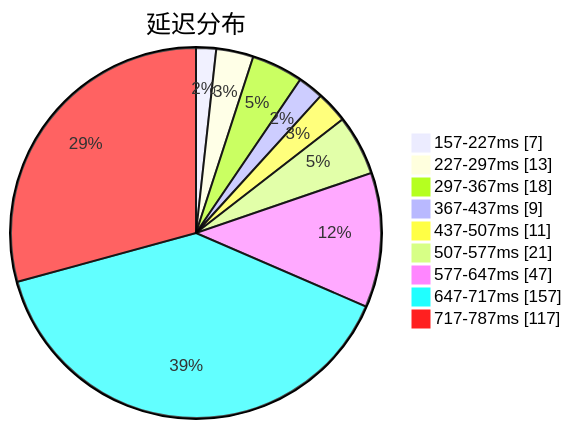
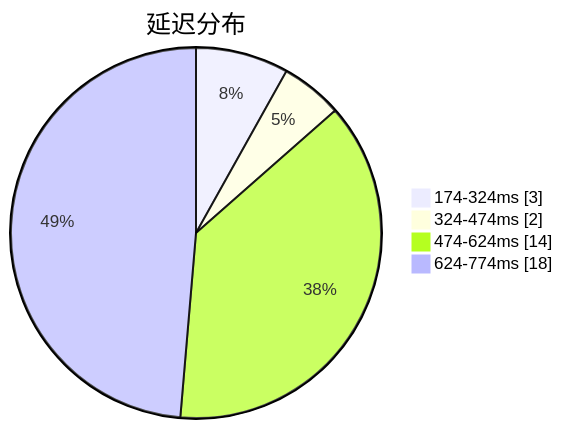
One commit to qjlxg/airport changed the first of 3 diagrams in subs/statistics/tested_within.md. Above: the diagram before and after it, drawn with Mermaid. The commit also changed other lines of this file and 2 other files, not shown here.

````diff
--- a/subs/statistics/tested_within.md
+++ b/subs/statistics/tested_within.md
@@ -2,13 +2,8 @@
 ```mermaid
 pie showData
 title 延迟分布
-"157-227ms" : 7
-"227-297ms" : 13
-"297-367ms" : 18
-"367-437ms" : 9
-"437-507ms" : 11
-"507-577ms" : 21
-"577-647ms" : 47
-"647-717ms" : 157
-"717-787ms" : 117
+"174-324ms" : 3
+"324-474ms" : 2
+"474-624ms" : 14
+"624-774ms" : 18
 ```
````
